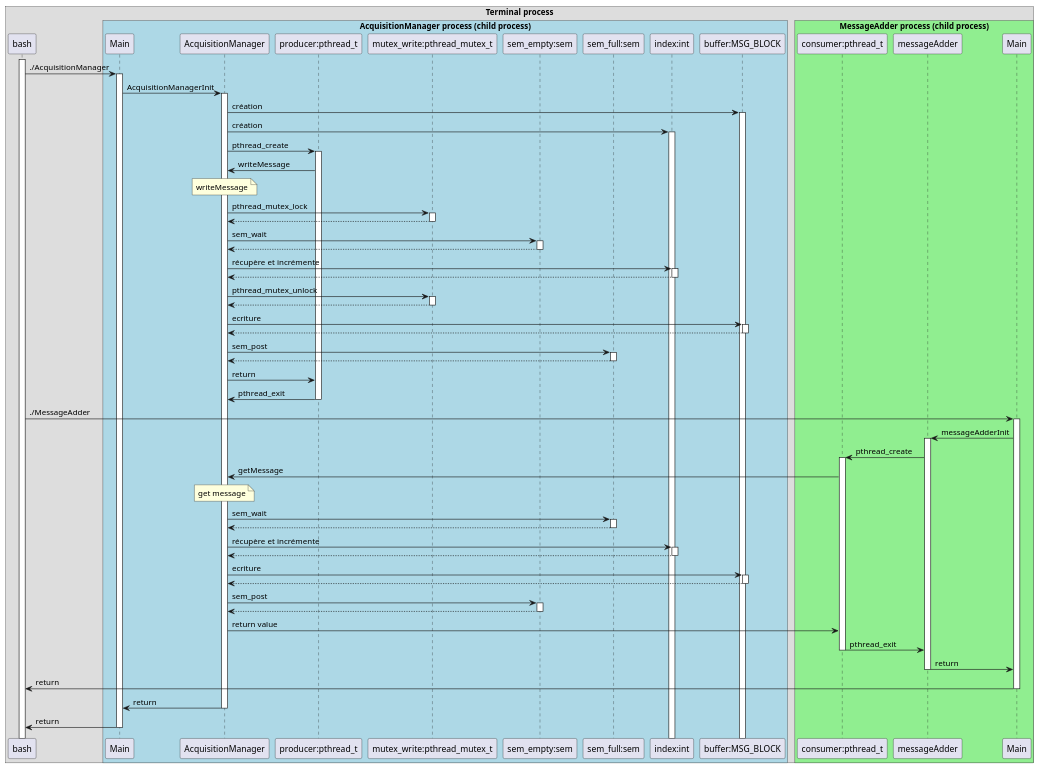
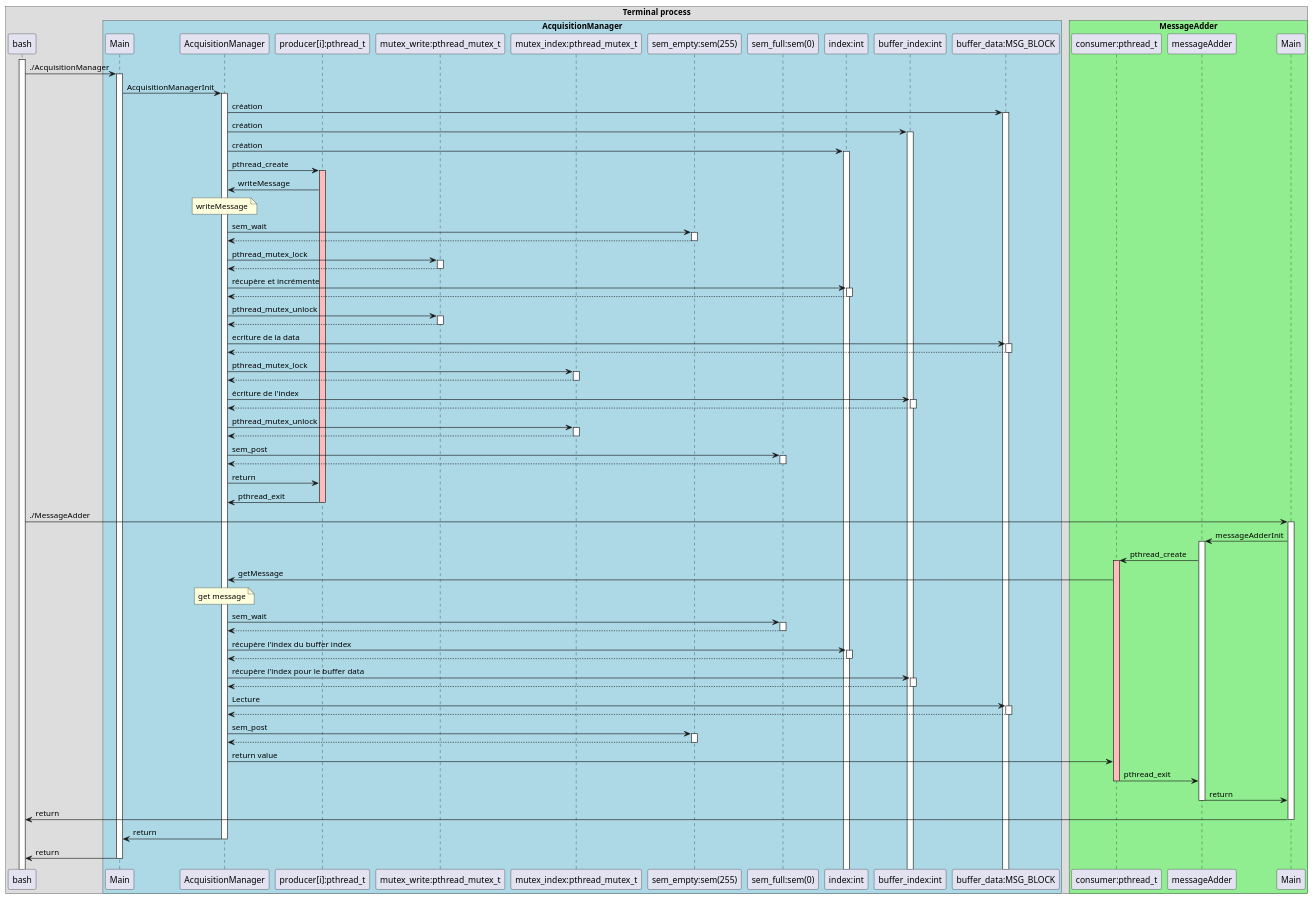
The diagram in exercice-1/diagrams/prod-cons.puml (LeRatonLaveurSolitaire/multitasking_training_practical_work), drawn with PlantUML before and after one commit. The commit also changed 7 other files, not shown here.

```diff
--- a/exercice-1/diagrams/prod-cons.puml
+++ b/exercice-1/diagrams/prod-cons.puml
@@ -1,125 +1,148 @@
 @startuml
 !pragma teoz true
 box "Terminal process"
 participant bash
 
 
 
-box "AcquisitionManager process (child process)" #lightblue
+box "AcquisitionManager" #lightblue
 participant "Main" as main
 participant "AcquisitionManager" as AcqManager
-participant "producer:pthread_t" as producer
+participant "producer[i]:pthread_t" as producer
 participant "mutex_write:pthread_mutex_t" as mutex
-participant "sem_empty:sem" as sem_empty
-participant "sem_full:sem" as sem_full
+participant "mutex_index:pthread_mutex_t" as mutex2
+participant "sem_empty:sem(255)" as sem_empty
+participant "sem_full:sem(0)" as sem_full
 participant "index:int" as index
-participant "buffer:MSG_BLOCK" as buffer
+participant "buffer_index:int" as bufferlecture
+participant "buffer_data:MSG_BLOCK" as buffer
 end box
 
-box "MessageAdder process (child process)" #lightgreen
+box "MessageAdder" #lightgreen
 participant "consumer:pthread_t" as consumer
 participant "messageAdder" as messageAdder
 participant "Main" as main2
 end box
 end box
 
 activate bash
 bash -> main: ./AcquisitionManager
 activate main
 
 main->AcqManager: AcquisitionManagerInit
 activate AcqManager
 
 AcqManager-> buffer:création
 activate buffer
 
+AcqManager-> bufferlecture:création
+activate bufferlecture
+
 AcqManager-> index:création
 activate index
 
 AcqManager-> producer:pthread_create
-activate producer
+activate producer #FFBBBB
 
 producer -> AcqManager: writeMessage
 note over AcqManager : writeMessage
+
+
+AcqManager ->sem_empty :sem_wait
+activate sem_empty
+return
 
 
 AcqManager-> mutex : pthread_mutex_lock
 activate mutex
 return
 
-AcqManager ->sem_empty :sem_wait
-activate sem_empty
-return
-
 AcqManager ->index: récupère et incrémente
 activate index
 return
+
 
 AcqManager-> mutex : pthread_mutex_unlock
 activate mutex
 return
 
-AcqManager ->buffer : ecriture
+AcqManager ->buffer : ecriture de la data
 activate buffer
+return
+
+AcqManager-> mutex2 : pthread_mutex_lock
+activate mutex2
+return
+
+AcqManager ->bufferlecture: écriture de l'index
+activate bufferlecture
+return
+
+AcqManager-> mutex2 : pthread_mutex_unlock
+activate mutex2
 return
 
 AcqManager->sem_full: sem_post
 activate sem_full
 return
 
 AcqManager -> producer: return
 
 producer -> AcqManager: pthread_exit
 deactivate producer
 
 
 bash->main2 :./MessageAdder
 activate main2
 
 main2->messageAdder: messageAdderInit
 activate messageAdder
 
 messageAdder->consumer:pthread_create
-activate consumer
+activate consumer #FFBBBB
 
 
 consumer-> AcqManager :getMessage
 note over AcqManager : get message
 
 AcqManager->sem_full: sem_wait
 activate sem_full
 return
 
-AcqManager ->index: récupère et incrémente
+AcqManager ->index: récupère l'index du buffer index
 activate index
 return
 
-AcqManager ->buffer : ecriture
+AcqManager ->bufferlecture: récupère l'index pour le buffer data
+activate bufferlecture
+return
+
+AcqManager ->buffer : Lecture
 activate buffer
 return
 
 AcqManager->sem_empty: sem_post
 activate sem_empty
 return
 
 AcqManager->consumer: return value
 
 
 
 consumer -> messageAdder: pthread_exit
 deactivate consumer
 
 messageAdder->main2:return
 deactivate messageAdder
 
 main2->bash: return
 deactivate main2
 
 
 AcqManager->main : return
 deactivate AcqManager
 
 main->bash: return
 deactivate main
 
 @enduml
```
